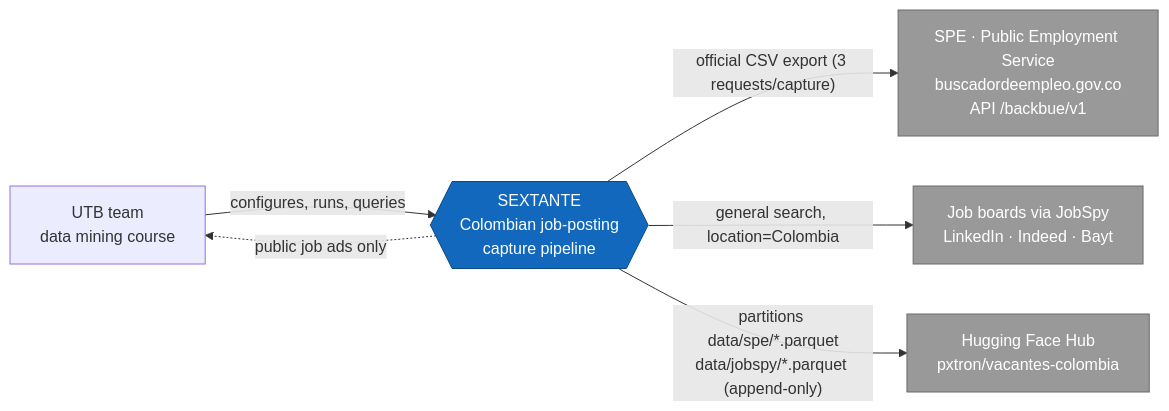
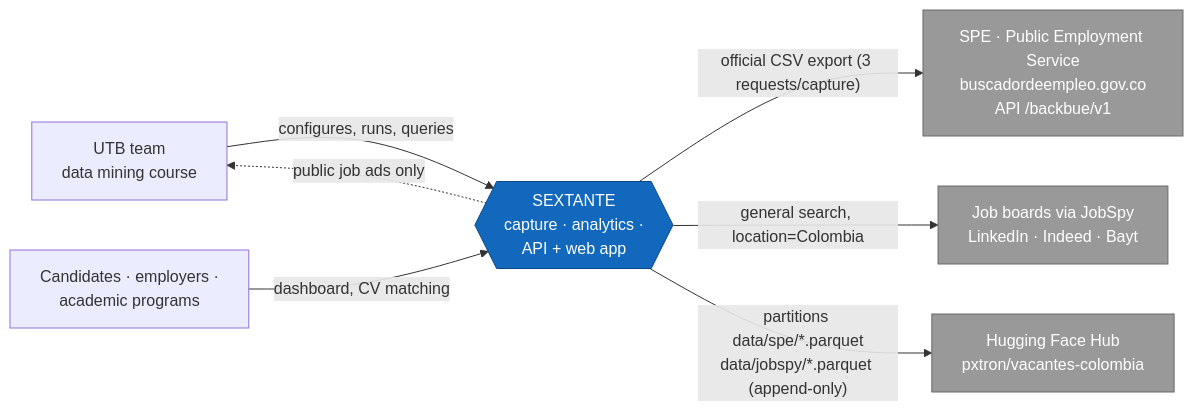
Before and after one commit to shalom-A26/SEXTANTE: the first of 8 diagrams in docs/architecture.md, drawn with Mermaid. The commit also changed other lines of this file and 13 other files, not shown here.

````diff
--- a/docs/architecture.md
+++ b/docs/architecture.md
@@ -71,19 +85,21 @@
 ```mermaid
 flowchart LR
     u["UTB team<br/>data mining course"]
-    s{{"SEXTANTE<br/>Colombian job-posting<br/>capture pipeline"}}
+    people["Candidates · employers ·<br/>academic programs"]
+    s{{"SEXTANTE<br/>capture · analytics ·<br/>API + web app"}}
     spe["SPE · Public Employment Service<br/>buscadordeempleo.gov.co<br/>API /backbue/v1"]
     boards["Job boards via JobSpy<br/>LinkedIn · Indeed · Bayt"]
     hf["Hugging Face Hub<br/>pxtron/vacantes-colombia"]
 
     u -->|configures, runs, queries| s
     s -->|"official CSV export (3 requests/capture)"| spe
     s -->|"general search, location=Colombia"| boards
     s -->|"partitions data/spe/*.parquet<br/>data/jobspy/*.parquet (append-only)"| hf
     s -.->|"public job ads only"| u
+    people -->|"dashboard, CV matching"| s
 
     classDef system fill:#1168bd,color:#fff,stroke:#0b4884;
     classDef external fill:#999999,color:#fff,stroke:#6b6b6b;
     class s system;
     class spe,boards,hf external;
 ```
````
